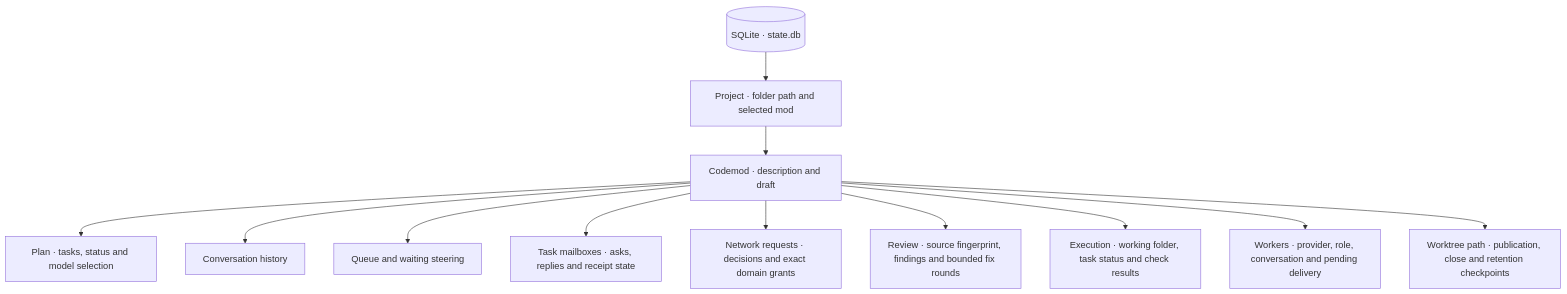
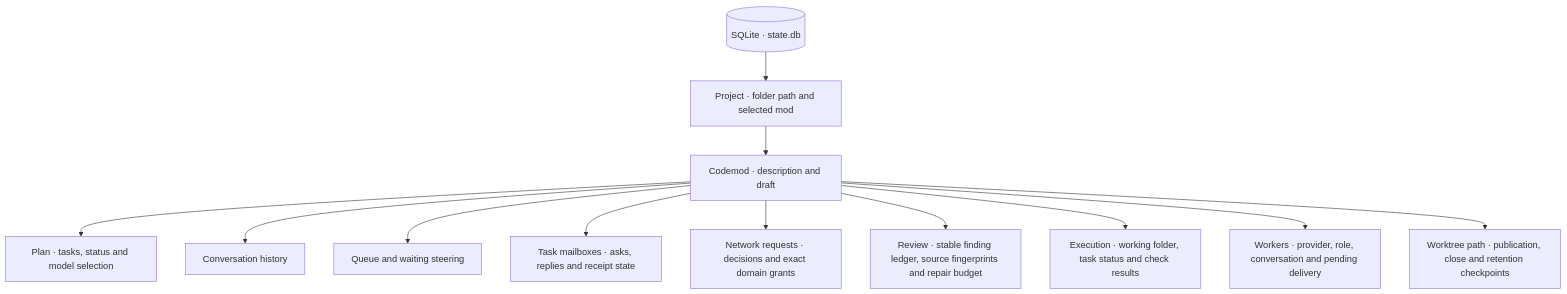
Before and after one commit to minimumeffort-dev/sprowt.harness: the diagram in docs/local-state.md, drawn with Mermaid. The commit also changed other lines of this file and 18 other files, not shown here.

Commit message:
Bound review repairs with persistent findings and evidence

````diff
--- a/docs/local-state.md
+++ b/docs/local-state.md
@@ -7,14 +7,14 @@
 ```mermaid
 flowchart TB
     database[("SQLite · state.db")] --> project["Project · folder path and selected mod"]
     project --> mod["Codemod · description and draft"]
     mod --> plan["Plan · tasks, status and model selection"]
     mod --> messages["Conversation history"]
     mod --> pending["Queue and waiting steering"]
     mod --> mail["Task mailboxes · asks, replies and receipt state"]
     mod --> network["Network requests · decisions and exact domain grants"]
-    mod --> review["Review · source fingerprint, findings and bounded fix rounds"]
+    mod --> review["Review · stable finding ledger, source fingerprints and repair budget"]
     mod --> execution["Execution · working folder, task status and check results"]
     mod --> workers["Workers · provider, role, conversation and pending delivery"]
     mod --> git["Worktree path · publication, close and retention checkpoints"]
 ```
````
